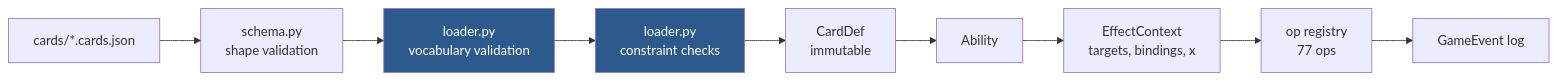
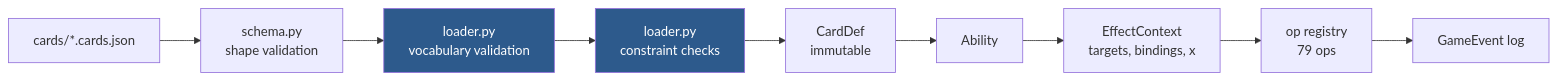
One commit to TylerGauntlett/commander-blitz changed the diagram in docs/card-dsl.md. Above: the diagram before and after it, drawn with Mermaid. The commit also changed other lines of this file and 7 other files, not shown here.

````diff
--- a/docs/card-dsl.md
+++ b/docs/card-dsl.md
@@ -6,14 +6,14 @@
 ```mermaid
 flowchart LR
     json["cards/*.cards.json"] --> pydantic["schema.py<br/>shape validation"]
     pydantic --> vocab["loader.py<br/>vocabulary validation"]
     vocab --> constraints["loader.py<br/>constraint checks"]
     constraints --> carddef["CardDef<br/>immutable"]
     carddef --> ability["Ability"]
     ability --> ctx["EffectContext<br/>targets, bindings, x"]
-    ctx --> ops["op registry<br/>77 ops"]
+    ctx --> ops["op registry<br/>79 ops"]
     ops --> events["GameEvent log"]
 
     style vocab fill:#2d5a8c,color:#fff
     style constraints fill:#2d5a8c,color:#fff
 ```
````
